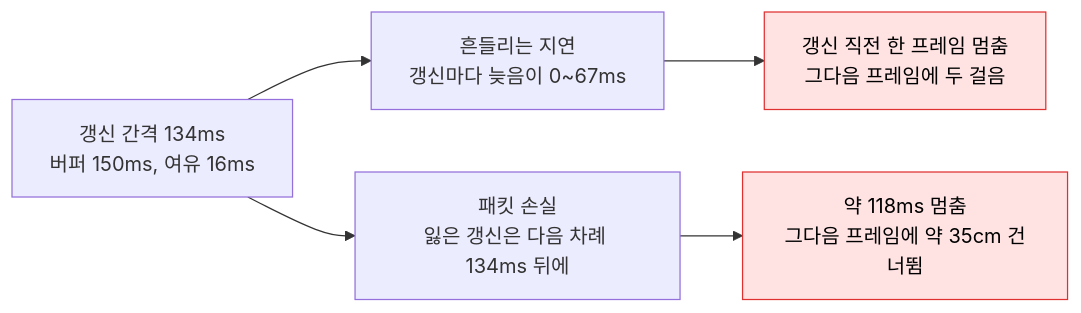
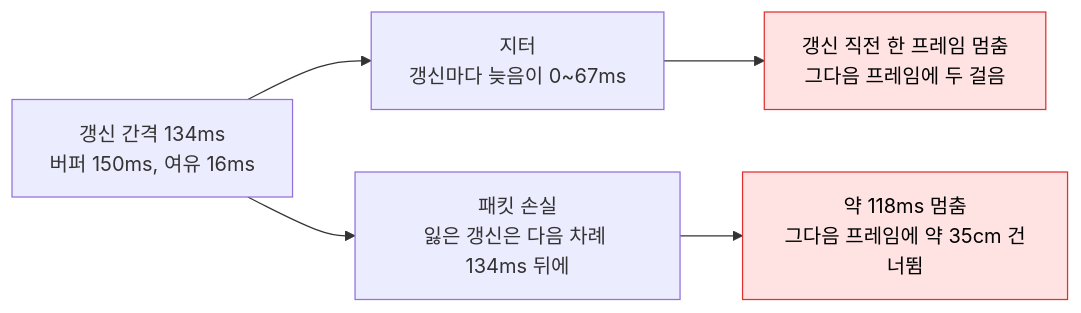
Before and after one commit to hon454/ue-dedicated-server-optimization-lab: the first of 2 diagrams in Posts/13-lag-and-packet-loss/README.md, drawn with Mermaid. The commit also changed other lines of this file and 11 other files, not shown here.

````diff
--- a/Posts/13-lag-and-packet-loss/README.md
+++ b/Posts/13-lag-and-packet-loss/README.md
@@ -42,9 +42,9 @@
 ```mermaid
 flowchart LR
-    A["갱신 간격 134ms<br/>버퍼 150ms, 여유 16ms"] --> B["흔들리는 지연<br/>갱신마다 늦음이 0~67ms"]
+    A["갱신 간격 134ms<br/>버퍼 150ms, 여유 16ms"] --> B["지터<br/>갱신마다 늦음이 0~67ms"]
     A --> C["패킷 손실<br/>잃은 갱신은 다음 차례 134ms 뒤에"]
     B --> D["갱신 직전 한 프레임 멈춤<br/>그다음 프레임에 두 걸음"]
     C --> E["약 118ms 멈춤<br/>그다음 프레임에 약 35cm 건너뜀"]
     classDef bad fill:#ffe3e3,stroke:#e03131,color:#000
     class D,E bad
 ```
````
